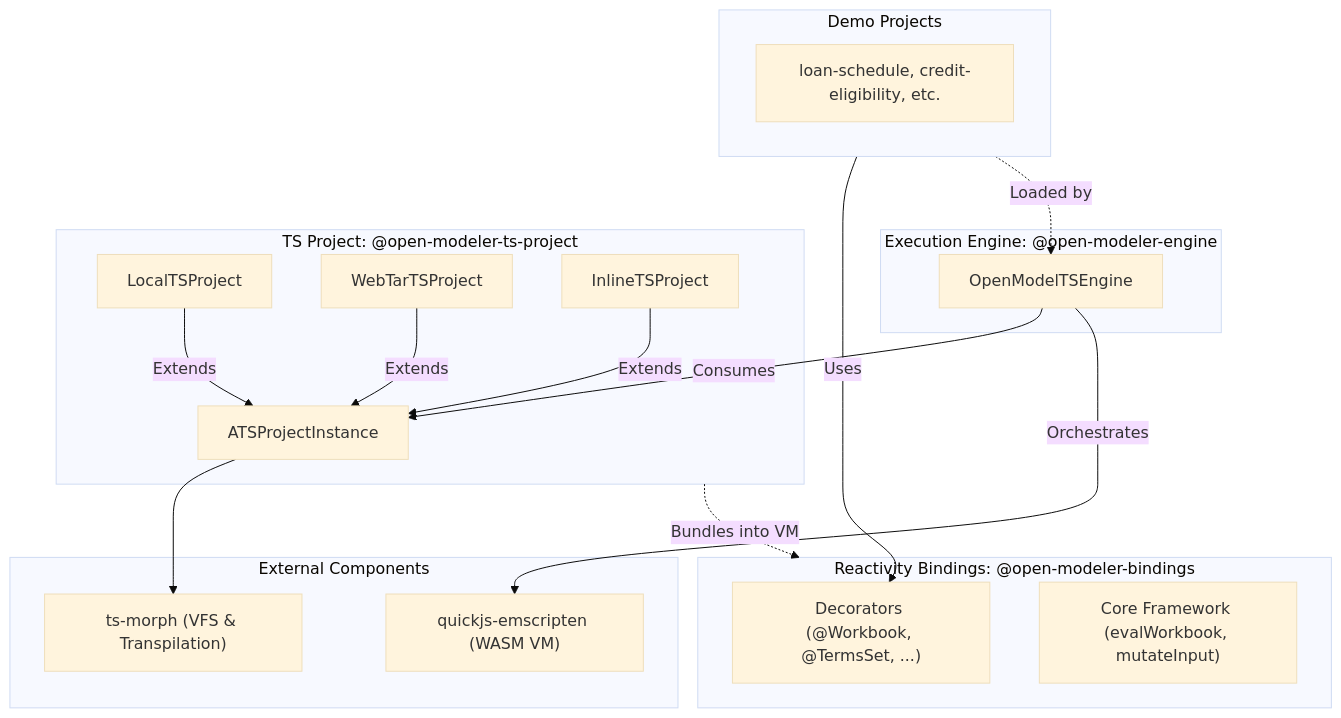
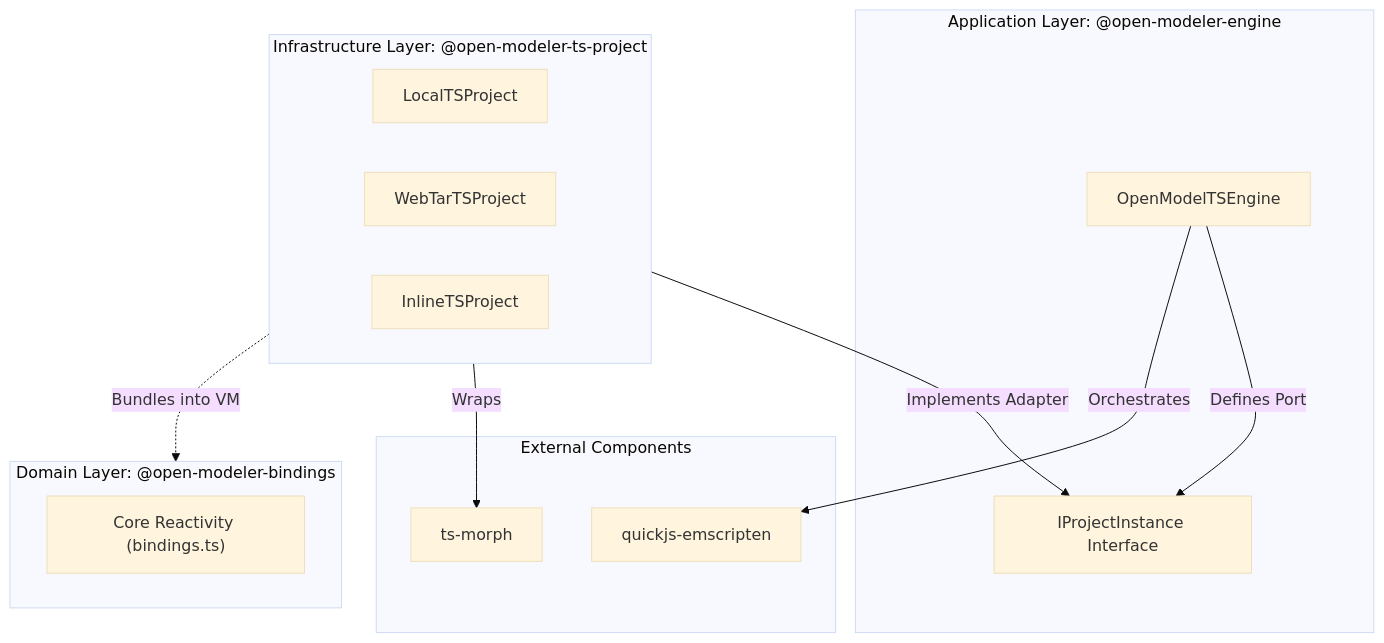
Before and after one commit to rimvydasb/open-modeler-bindings: the first of 2 diagrams in docs/ARCHITECTURE.md, drawn with Mermaid (base theme). The commit also changed other lines of this file and 22 other files, not shown here.

Commit message:
refactor architecture documentation and module imports for clarity

````diff
--- a/docs/ARCHITECTURE.md
+++ b/docs/ARCHITECTURE.md
@@ -14,41 +16,31 @@
 ```mermaid
 graph TD
-    subgraph Engine_Module [Execution Engine: @open-modeler-engine]
+    subgraph Engine_Module [Application Layer: @open-modeler-engine]
         Engine[OpenModelTSEngine]
+        Contracts[IProjectInstance Interface]
     end
 
-    subgraph Project_Module [TS Project: @open-modeler-ts-project]
-        ATS[ATSProjectInstance]
+    subgraph Project_Module [Infrastructure Layer: @open-modeler-ts-project]
         Local[LocalTSProject]
         Web[WebTarTSProject]
         Inline[InlineTSProject]
     end
 
-    subgraph Bindings_Module [Reactivity Bindings: @open-modeler-bindings]
-        Decorators["Decorators (@Workbook, @TermsSet, ...)"]
-        Core["Core Framework (evalWorkbook, mutateInput)"]
+    subgraph Bindings_Module [Domain Layer: @open-modeler-bindings]
+        Core["Core Reactivity (bindings.ts)"]
     end
 
     subgraph External_Deps [External Components]
-        TSMorph["ts-morph (VFS & Transpilation)"]
-        QuickJS["quickjs-emscripten (WASM VM)"]
-    end
-
-    subgraph Demo_Projects [Demo Projects]
-        Demos["loan-schedule, credit-eligibility, etc."]
+        TSMorph["ts-morph"]
+        QuickJS["quickjs-emscripten"]
     end
 
     %% Dependencies
-    Engine -->|Consumes| ATS
+    Engine -->|Defines Port| Contracts
+    Project_Module -->|Implements Adapter| Contracts
+
     Engine -->|Orchestrates| QuickJS
-
-    ATS --> TSMorph
-    Local -->|Extends| ATS
-    Web -->|Extends| ATS
-    Inline -->|Extends| ATS
+    Project_Module -->|Wraps| TSMorph
 
     Project_Module -.->|Bundles into VM| Bindings_Module
-
-    Demo_Projects -->|Uses| Decorators
-    Demo_Projects -.->|Loaded by| Engine
 ```
````
